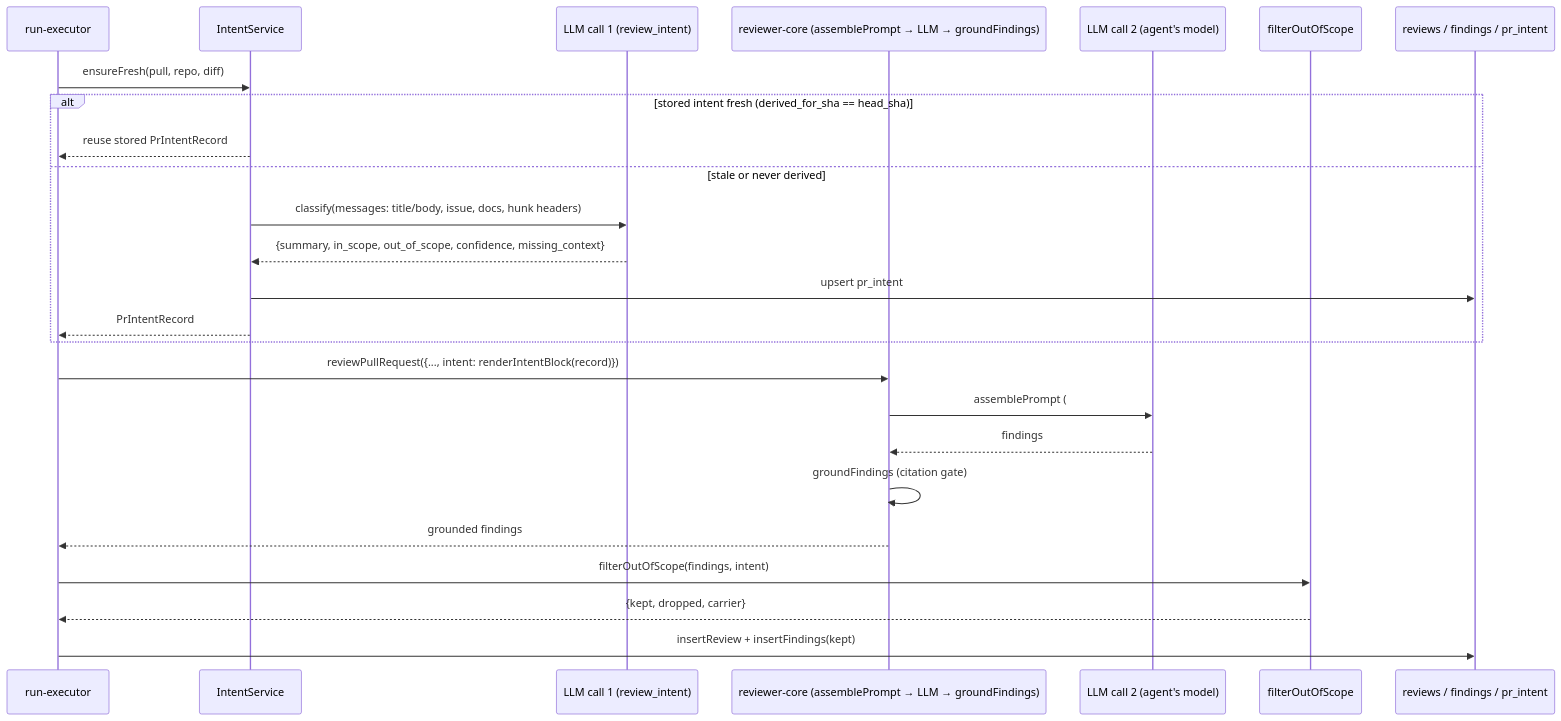
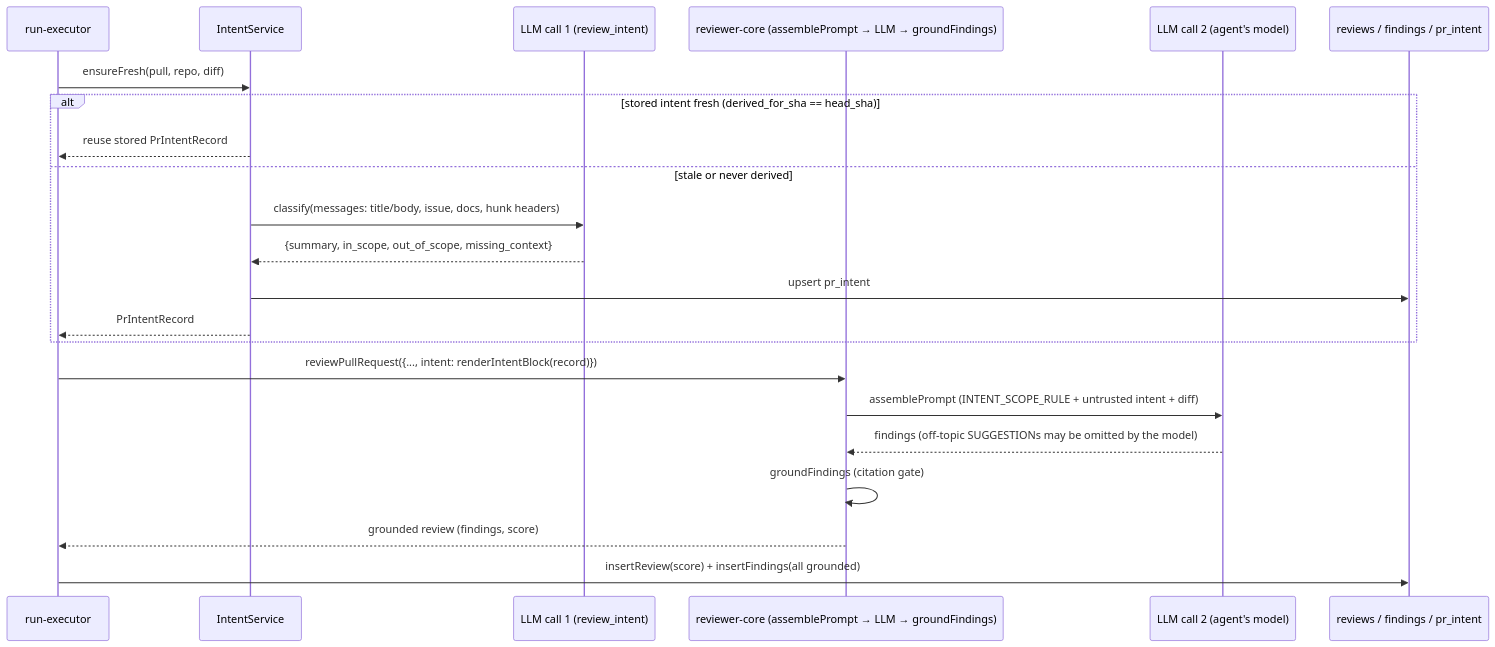
Before and after one commit to Saphirox/dev-digest: the first of 2 diagrams in docs/specs/intent-layer.md, drawn with Mermaid. The commit also changed other lines of this file and 29 other files, not shown here.

First line of the commit message:
feat(intent): drop classifier confidence, move scope filtering to the reviewer

````diff
--- a/docs/specs/intent-layer.md
+++ b/docs/specs/intent-layer.md
@@ -268,28 +301,25 @@
 ```mermaid
 sequenceDiagram
   participant RE as run-executor
   participant IS as IntentService
   participant M1 as LLM call 1 (review_intent)
   participant RC as reviewer-core (assemblePrompt → LLM → groundFindings)
   participant M2 as LLM call 2 (agent's model)
-  participant SF as filterOutOfScope
   participant DB as reviews / findings / pr_intent
 
   RE->>IS: ensureFresh(pull, repo, diff)
   alt stored intent fresh (derived_for_sha == head_sha)
     IS-->>RE: reuse stored PrIntentRecord
   else stale or never derived
     IS->>M1: classify(messages: title/body, issue, docs, hunk headers)
-    M1-->>IS: {summary, in_scope, out_of_scope, confidence, missing_context}
+    M1-->>IS: {summary, in_scope, out_of_scope, missing_context}
     IS->>DB: upsert pr_intent
     IS-->>RE: PrIntentRecord
   end
   RE->>RC: reviewPullRequest({..., intent: renderIntentBlock(record)})
-  RC->>M2: assemblePrompt (## Derived intent advisory + diff)
-  M2-->>RC: findings
+  RC->>M2: assemblePrompt (INTENT_SCOPE_RULE + untrusted intent + diff)
+  M2-->>RC: findings (off-topic SUGGESTIONs may be omitted by the model)
   RC->>RC: groundFindings (citation gate)
-  RC-->>RE: grounded findings
-  RE->>SF: filterOutOfScope(findings, intent)
-  SF-->>RE: {kept, dropped, carrier}
-  RE->>DB: insertReview + insertFindings(kept)
+  RC-->>RE: grounded review (findings, score)
+  RE->>DB: insertReview(score) + insertFindings(all grounded)
 ```
````
